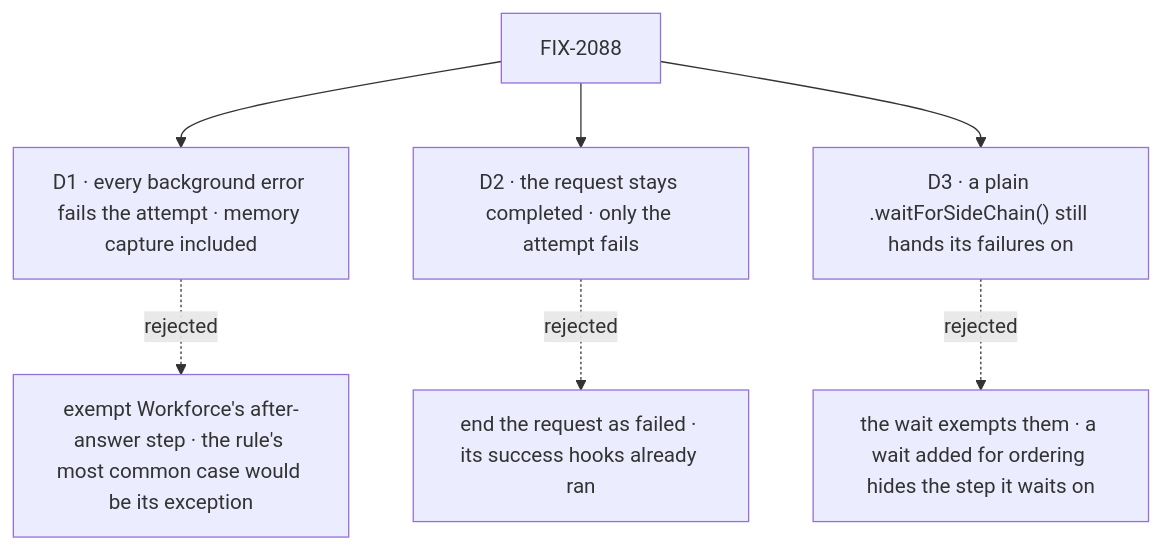
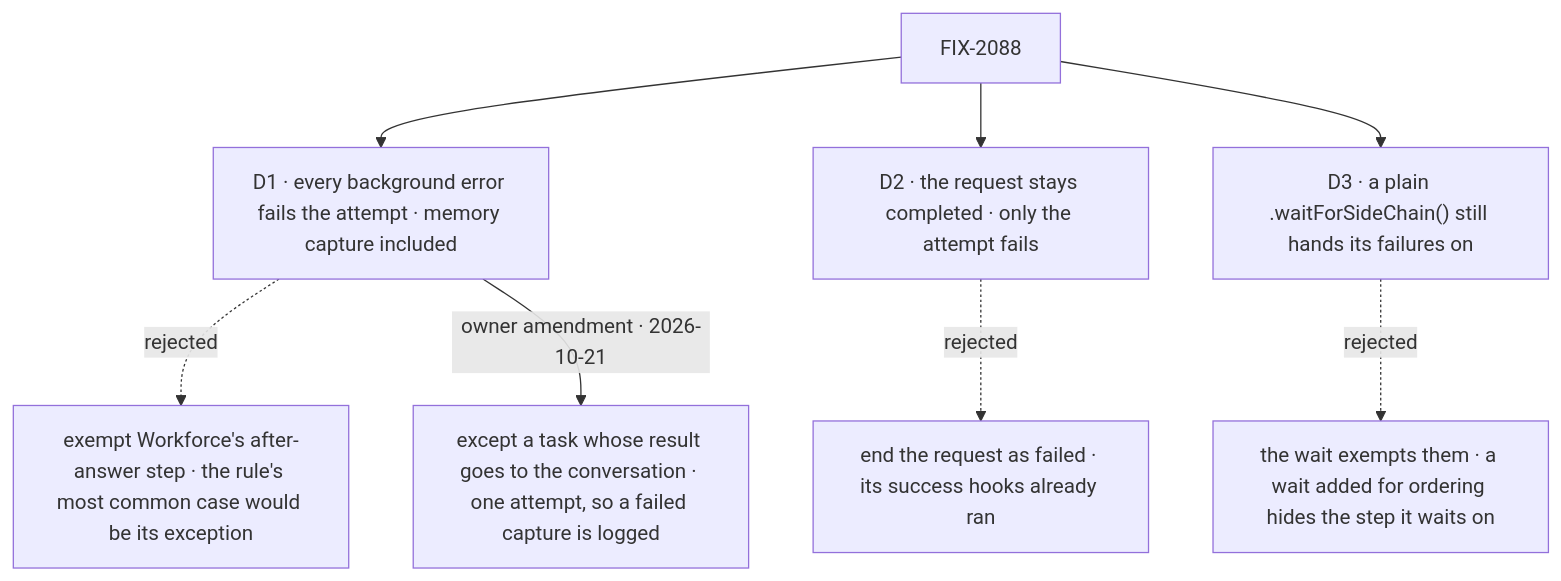
The diagram in specs/issues/FIX-2088/DECISIONS.md (fixpoint-labs/flow-state-dev), drawn with Mermaid before and after one commit. The commit also changed other lines of this file and 4 other files, not shown here.

First line of the commit message:
spec(FIX-2088): owner amendment to D1 (F1); FIX-2090 in the epic set

````diff
--- a/specs/issues/FIX-2088/DECISIONS.md
+++ b/specs/issues/FIX-2088/DECISIONS.md
@@ -11,9 +13,10 @@
 ```mermaid
 flowchart TD
   I["FIX-2088"] --> D1["D1 · every background error fails the attempt · memory capture included"]
   D1 -.->|"rejected"| X1["exempt Workforce's after-answer step · the rule's most common case would be its exception"]
+  D1 -->|"owner amendment · 2026-10-21"| A1["except a task whose result goes to the conversation · one attempt, so a failed capture is logged"]
   I --> D2["D2 · the request stays completed · only the attempt fails"]
   D2 -.->|"rejected"| X2["end the request as failed · its success hooks already ran"]
   I --> D3["D3 · a plain .waitForSideChain() still hands its failures on"]
   D3 -.->|"rejected"| X3["the wait exempts them · a wait added for ordering hides the step it waits on"]
 ```
````
